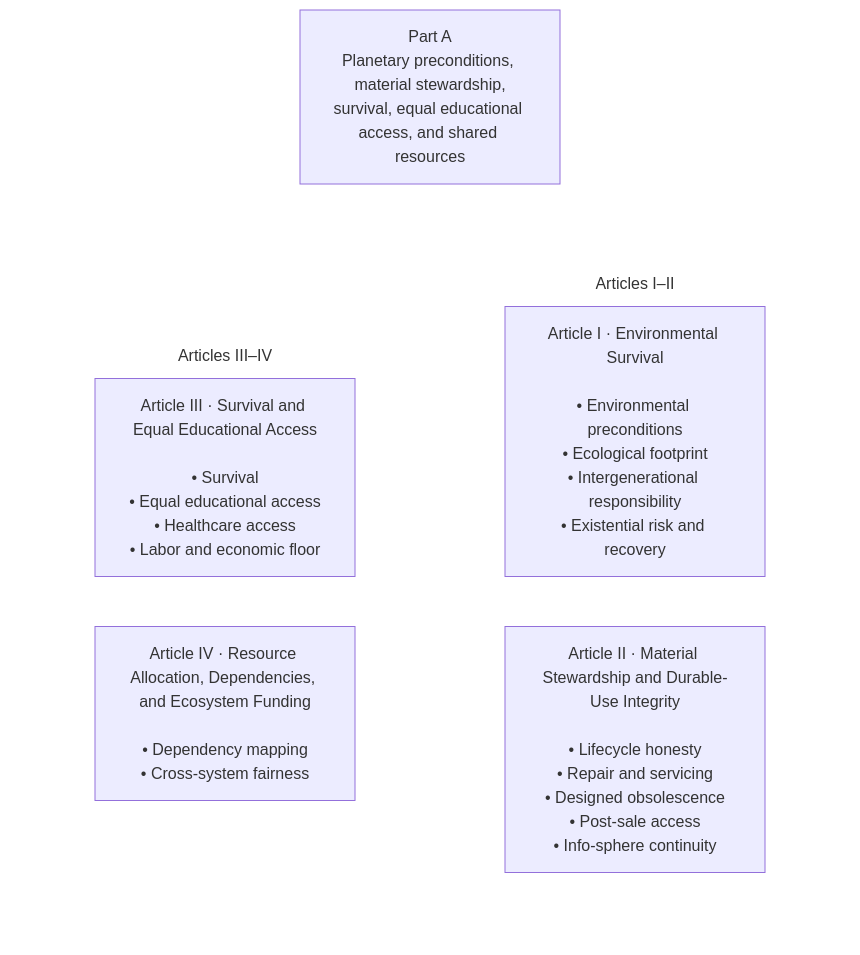
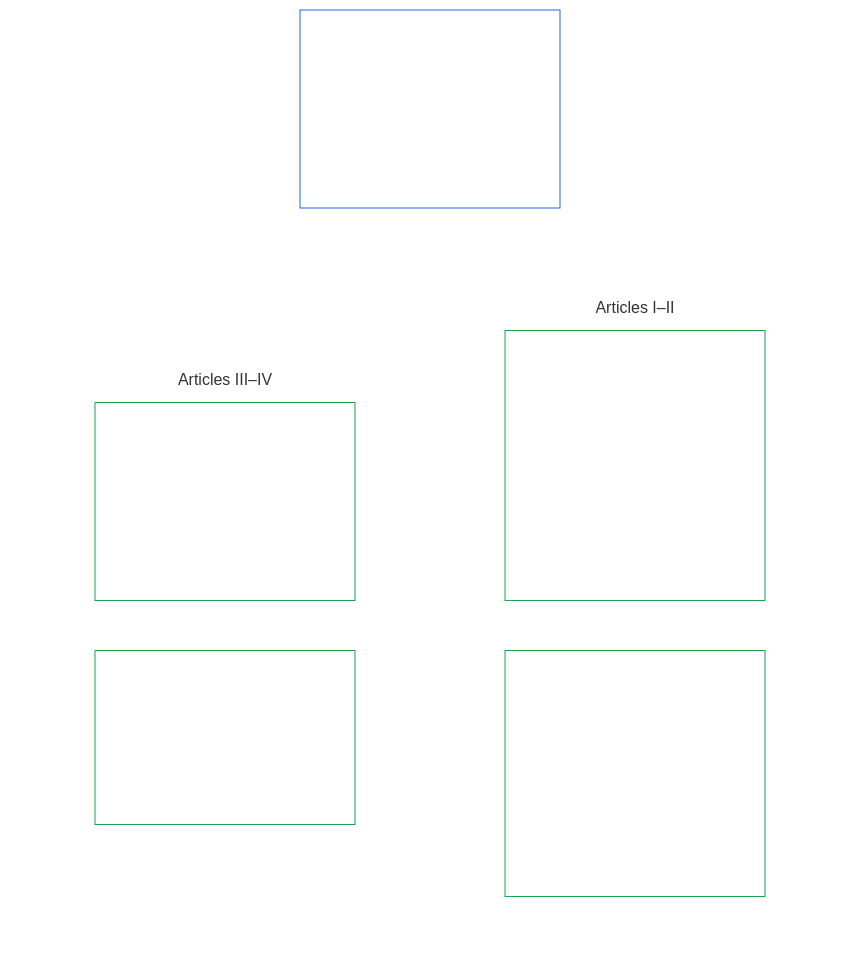
One commit to kfoelsch/Sentient_Constitution changed the fourth of 20 diagrams in CONCEPTUAL_OVERVIEW.md. Above: the diagram before and after it, drawn with Mermaid. The commit also changed other lines of this file and 22 other files, not shown here.

````diff
--- a/CONCEPTUAL_OVERVIEW.md
+++ b/CONCEPTUAL_OVERVIEW.md
@@ -177,21 +197,26 @@
 ```mermaid
 flowchart TB
-    A0["Part A<br/>Planetary preconditions, material stewardship,<br/>survival, equal educational access, and shared resources"]
+    A0["Part A<br/><br/>Planetary preconditions, material stewardship,<br/>survival, equal educational access, and shared resources"]
     subgraph Agrid[" "]
         direction TB
         subgraph Arow1["Articles I–II"]
             direction LR
         A1["Article I · Environmental Survival<br/><br/>• Environmental preconditions<br/>• Ecological footprint<br/>• Intergenerational responsibility<br/>• Existential risk and recovery"]
         A2["Article II · Material Stewardship and Durable-Use Integrity<br/><br/>• Lifecycle honesty<br/>• Repair and servicing<br/>• Designed obsolescence<br/>• Post-sale access<br/>• Info-sphere continuity"]
         end
         subgraph Arow2["Articles III–IV"]
             direction LR
             A3["Article III · Survival and Equal Educational Access<br/><br/>• Survival<br/>• Equal educational access<br/>• Healthcare access<br/>• Labor and economic floor"]
             A4["Article IV · Resource Allocation, Dependencies, and Ecosystem Funding<br/><br/>• Dependency mapping<br/>• Cross-system fairness"]
         end
     end
     A0 ~~~ Agrid
     style Agrid fill:none,stroke:none
     style Arow1 fill:none,stroke:none
     style Arow2 fill:none,stroke:none
+    style A0 fill:none,stroke:#2563eb,color:#ffffff
+    style A1 fill:none,stroke:#16a34a,color:#ffffff
+    style A2 fill:none,stroke:#16a34a,color:#ffffff
+    style A3 fill:none,stroke:#16a34a,color:#ffffff
+    style A4 fill:none,stroke:#16a34a,color:#ffffff
 ```
````
